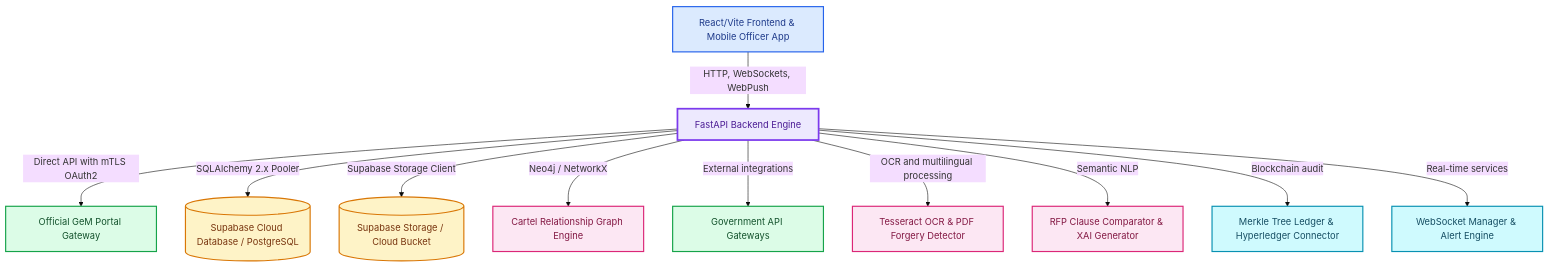
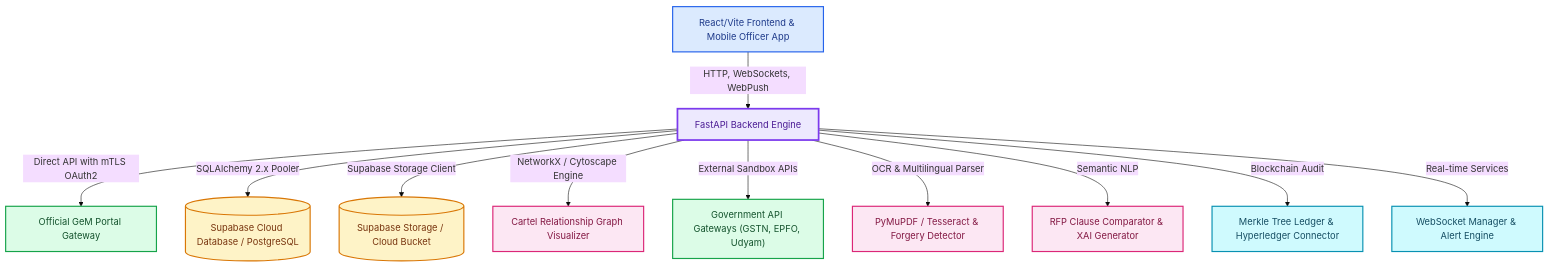
The diagram in README.md (Yogeshsingh123-LAB/-AI-Powered-Integrated-Bid-Compliance-Verification-Platform-for-GeM-Procurement), drawn with Mermaid (base theme) before and after one commit. The commit also changed other lines of this file and 2 other files, not shown here.

Commit message:
docs: remove brain.md and .agents, update README.md with complete architecture and admin features

````diff
--- a/README.md
+++ b/README.md
@@ -31,27 +29,27 @@
 ```mermaid
 flowchart TD
     A["React/Vite Frontend & Mobile Officer App"] -->|"HTTP, WebSockets, WebPush"| B["FastAPI Backend Engine"]
     B -->|"Direct API with mTLS OAuth2"| GeM["Official GeM Portal Gateway"]
     B -->|"SQLAlchemy 2.x Pooler"| C[("Supabase Cloud Database / PostgreSQL")]
     B -->|"Supabase Storage Client"| S[("Supabase Storage / Cloud Bucket")]
-    B -->|"Neo4j / NetworkX"| D["Cartel Relationship Graph Engine"]
-    B -->|"External integrations"| E["Government API Gateways"]
-    B -->|"OCR and multilingual processing"| F["Tesseract OCR & PDF Forgery Detector"]
+    B -->|"NetworkX / Cytoscape Engine"| D["Cartel Relationship Graph Visualizer"]
+    B -->|"External Sandbox APIs"| E["Government API Gateways (GSTN, EPFO, Udyam)"]
+    B -->|"OCR & Multilingual Parser"| F["PyMuPDF / Tesseract & Forgery Detector"]
     B -->|"Semantic NLP"| G["RFP Clause Comparator & XAI Generator"]
-    B -->|"Blockchain audit"| H["Merkle Tree Ledger & Hyperledger Connector"]
-    B -->|"Real-time services"| I["WebSocket Manager & Alert Engine"]
+    B -->|"Blockchain Audit"| H["Merkle Tree Ledger & Hyperledger Connector"]
+    B -->|"Real-time Services"| I["WebSocket Manager & Alert Engine"]
 
     classDef client fill:#DBEAFE,stroke:#2563EB,color:#1E3A8A,stroke-width:2px
     classDef core fill:#EDE9FE,stroke:#7C3AED,color:#4C1D95,stroke-width:3px
     classDef portal fill:#DCFCE7,stroke:#16A34A,color:#14532D,stroke-width:2px
     classDef data fill:#FEF3C7,stroke:#D97706,color:#78350F,stroke-width:2px
     classDef analytics fill:#FCE7F3,stroke:#DB2777,color:#831843,stroke-width:2px
     classDef service fill:#CFFAFE,stroke:#0891B2,color:#164E63,stroke-width:2px
 
     class A client
     class B core
     class GeM,E portal
     class C,S data
     class D,F,G analytics
     class H,I service
 ```
````
